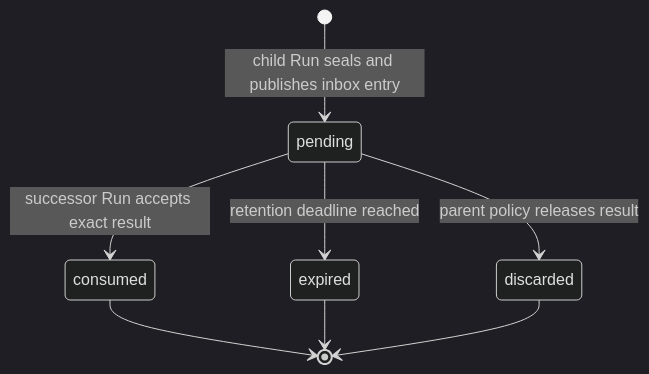
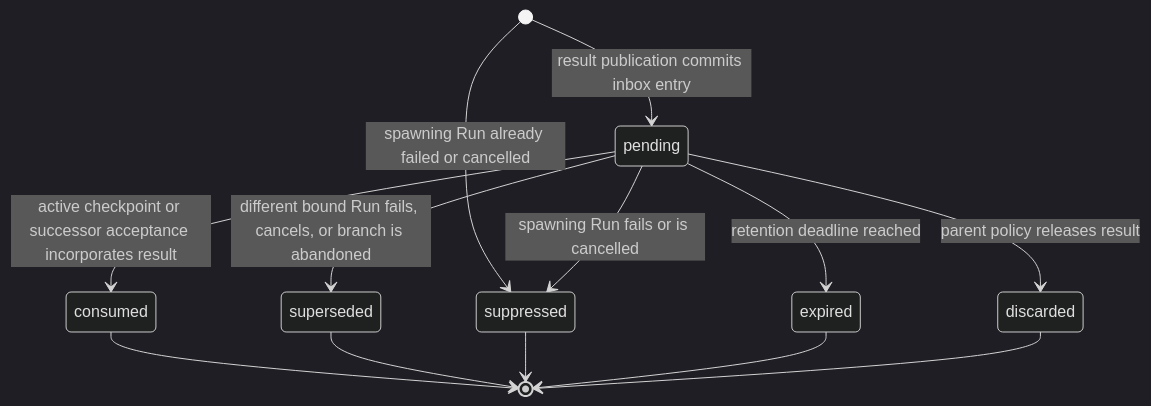
The second of 2 diagrams in spec/foundation-service/18-async-subagents.md (LTThreeComma/agent-foundation), drawn with Mermaid (dark theme) before and after one commit. The commit also changed other lines of this file and 17 other files, not shown here.

````diff
--- a/spec/foundation-service/18-async-subagents.md
+++ b/spec/foundation-service/18-async-subagents.md
@@ -68,10 +80,15 @@
 ```mermaid
 stateDiagram-v2
-    [*] --> pending: child Run seals and publishes inbox entry
-    pending --> consumed: successor Run accepts exact result
+    [*] --> pending: result publication commits inbox entry
+    [*] --> suppressed: spawning Run already failed or cancelled
+    pending --> consumed: active checkpoint or successor acceptance incorporates result
+    pending --> superseded: different bound Run fails, cancels, or branch is abandoned
+    pending --> suppressed: spawning Run fails or is cancelled
     pending --> expired: retention deadline reached
     pending --> discarded: parent policy releases result
     consumed --> [*]
+    superseded --> [*]
+    suppressed --> [*]
     expired --> [*]
     discarded --> [*]
 ```
````
